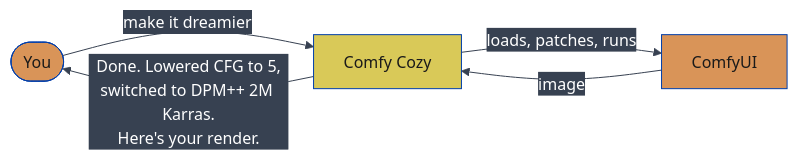
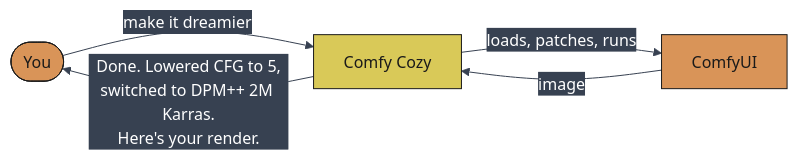
The first of 27 diagrams in README.md (JosephOIbrahim/Comfy-Cozy), drawn with Mermaid before and after one commit. The commit also changed other lines of this file, not shown here.

First line of the commit message:
[DOCS] Convert mermaid styling to classDef for reliable GitHub rendering

````diff
--- a/README.md
+++ b/README.md
@@ -15,12 +15,13 @@
 ```mermaid
 %%{init: {'theme':'base','themeVariables': {'primaryColor':'#0066FF','primaryTextColor':'#ffffff','primaryBorderColor':'#003eaa','lineColor':'#374151','secondaryColor':'#374151','tertiaryColor':'#1f2937','fontFamily':'monospace'}}}%%
 graph LR
     You([You]) -->|"make it dreamier"| Agent[Comfy Cozy]
     Agent -->|loads, patches, runs| ComfyUI[ComfyUI]
     ComfyUI -->|image| Agent
     Agent -->|"Done. Lowered CFG to 5,<br/>switched to DPM++ 2M Karras.<br/>Here's your render."| You
 
-    style You fill:#d99458,color:#1a1a1a
-    style Agent fill:#d9c958,color:#1a1a1a
-    style ComfyUI fill:#d99458,color:#1a1a1a
+    classDef orange fill:#d99458,color:#1a1a1a,stroke:#1a1a1a
+    classDef yellow fill:#d9c958,color:#1a1a1a,stroke:#1a1a1a
+    class You,ComfyUI orange
+    class Agent yellow
 ```
````
